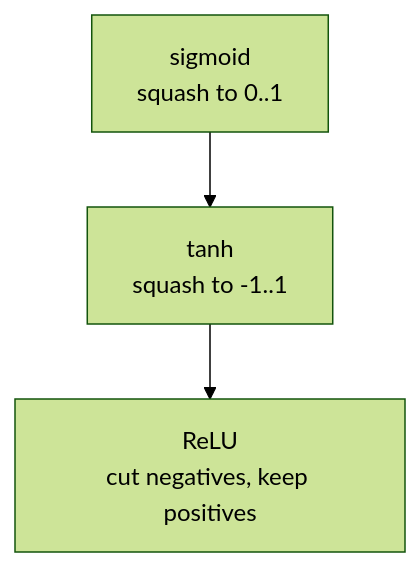
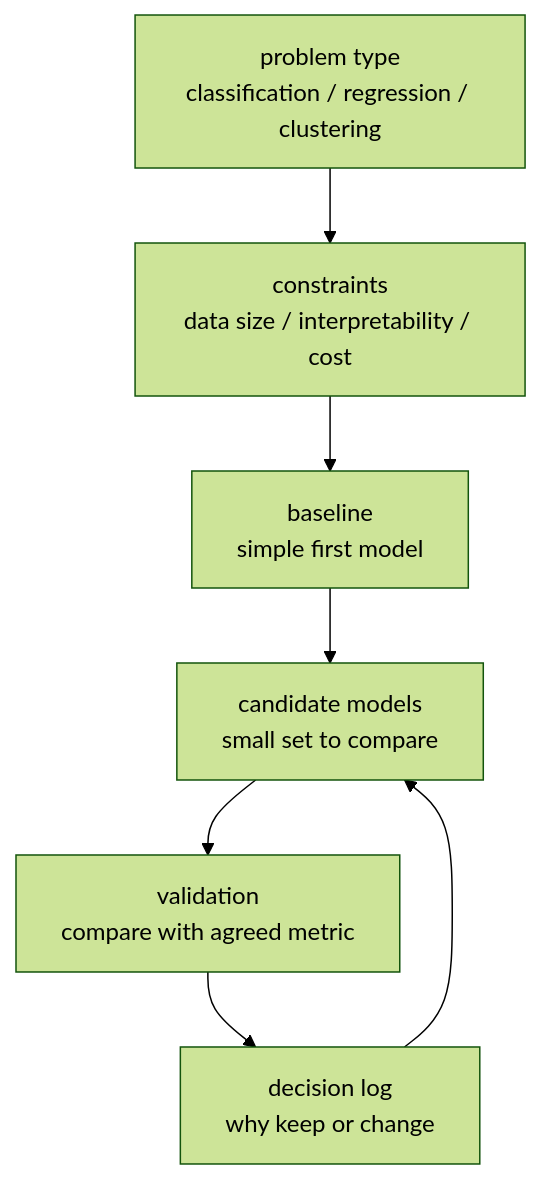
The diagram in docs/parts/part-04/chapter-03/section-02.md (devchan64/AiBook), drawn with Mermaid (forest theme) before and after one commit. The commit also changed other lines of this file and 213 other files, not shown here.

````diff
--- a/docs/parts/part-04/chapter-03/section-02.md
+++ b/docs/parts/part-04/chapter-03/section-02.md
@@ -102,9 +52,16 @@
 ```mermaid
-flowchart TD
-  A["sigmoid<br/>squash to 0..1"]
-  B["tanh<br/>squash to -1..1"]
-  C["ReLU<br/>cut negatives, keep positives"]
+flowchart TB
+  A["problem type<br/>classification / regression / clustering"]
+  B["constraints<br/>data size / interpretability / cost"]
+  C["baseline<br/>simple first model"]
+  D["candidate models<br/>small set to compare"]
+  E["validation<br/>compare with agreed metric"]
+  F["decision log<br/>why keep or change"]
 
   A --> B
   B --> C
+  C --> D
+  D --> E
+  E --> F
+  F --> D
 ```
````
